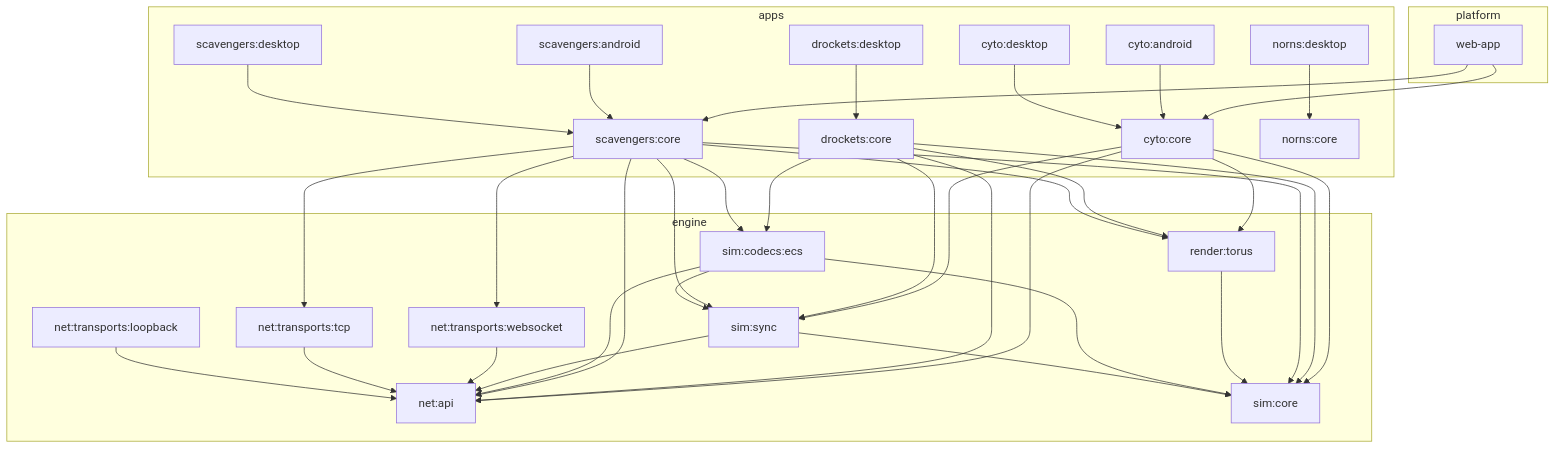
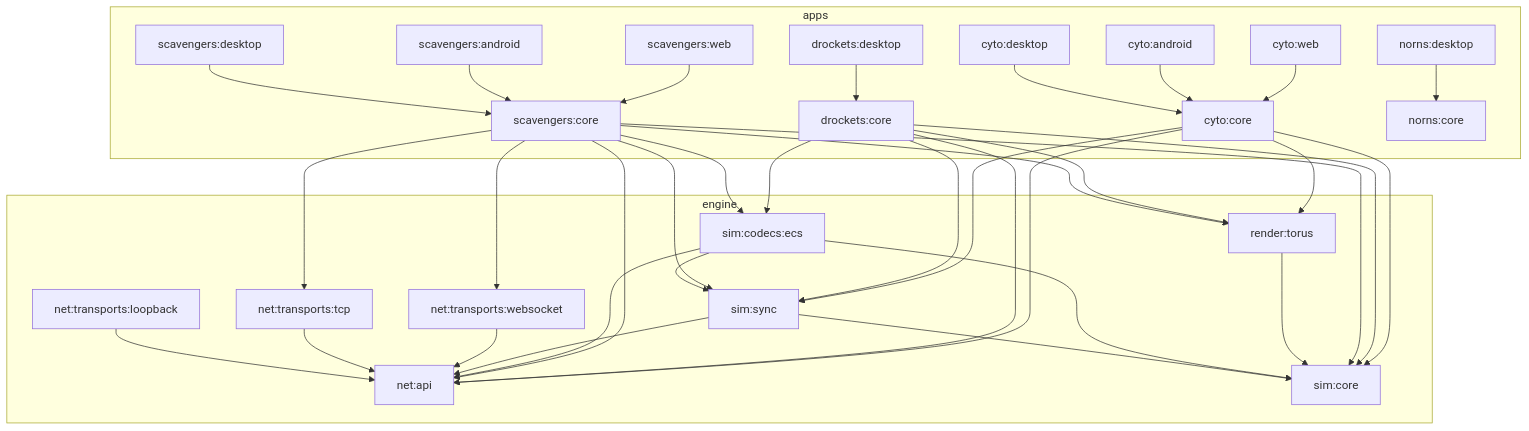
The diagram in README.md (stuartorchard8/Emerge), drawn with Mermaid before and after one commit. The commit also changed other lines of this file and 10 other files, not shown here.

First line of the commit message:
restructure step 4: split web-app into :apps:{scavengers,cyto}:web; platform/ deleted

````diff
--- a/README.md
+++ b/README.md
@@ -65,53 +64,52 @@
 ```mermaid
 graph TD
   subgraph engine
     net_api[net:api]
     net_loop[net:transports:loopback]
     net_tcp[net:transports:tcp]
     net_ws[net:transports:websocket]
     sim_core[sim:core]
     sim_sync[sim:sync]
     codecs_ecs[sim:codecs:ecs]
     render[render:torus]
   end
 
   subgraph apps
     scav[scavengers:core]
     drockets[drockets:core]
     cyto[cyto:core]
     norns[norns:core]
     desk_scav[scavengers:desktop]
     desk_drockets[drockets:desktop]
     desk_cyto[cyto:desktop]
     desk_norns[norns:desktop]
     android_scav[scavengers:android]
     android_cyto[cyto:android]
-  end
-
-  subgraph platform
-    web[web-app]
+    web_scav[scavengers:web]
+    web_cyto[cyto:web]
   end
 
   net_loop --> net_api
   net_tcp --> net_api
   net_ws --> net_api
 
   sim_sync --> sim_core
   sim_sync --> net_api
   codecs_ecs --> sim_core
   codecs_ecs --> sim_sync
   codecs_ecs --> net_api
   render --> sim_core
 
   scav --> sim_core & sim_sync & codecs_ecs & render & net_api & net_tcp & net_ws
   drockets --> sim_core & sim_sync & codecs_ecs & render & net_api
   cyto --> sim_core & sim_sync & render & net_api
 
   desk_scav --> scav
   desk_drockets --> drockets
   desk_cyto --> cyto
   desk_norns --> norns
   android_scav --> scav
   android_cyto --> cyto
-  web --> scav & cyto
+  web_scav --> scav
+  web_cyto --> cyto
 ```
````
